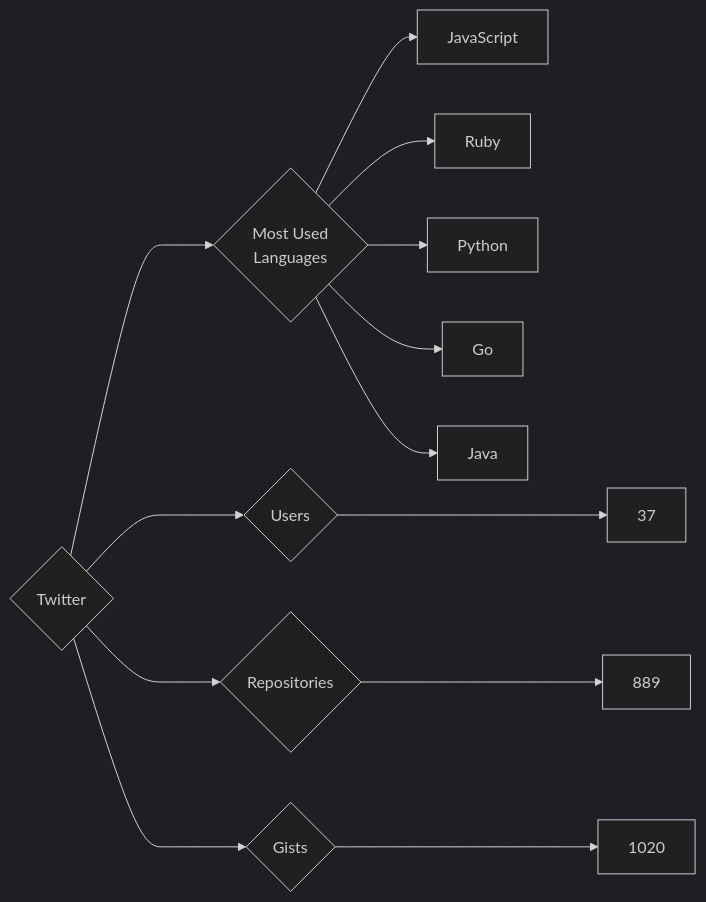
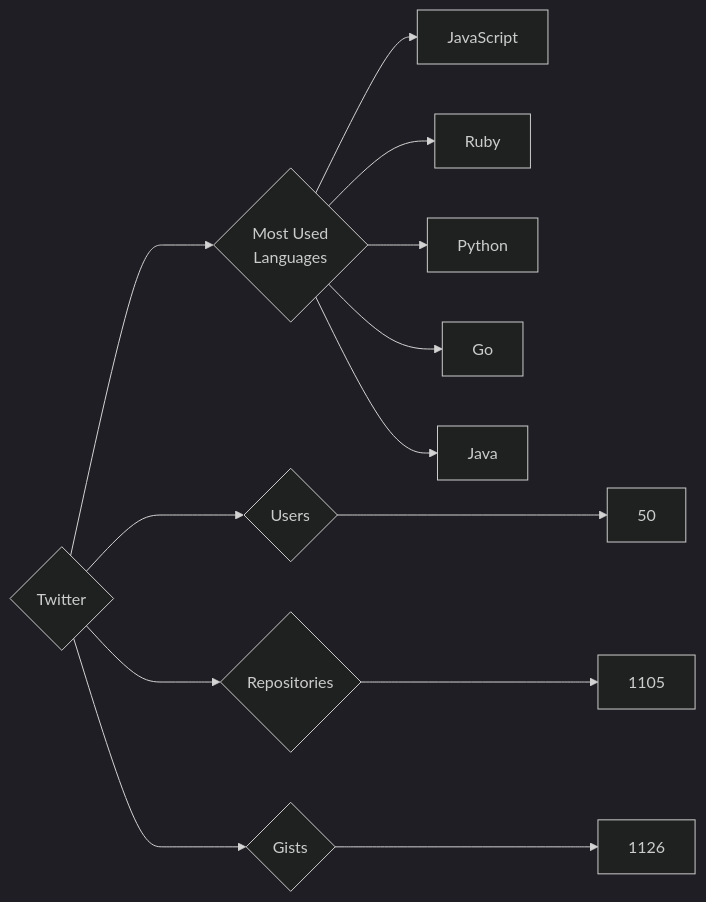
Before and after one commit to trickest/insiders: the diagram in targets/Twitter/README.md, drawn with Mermaid (dark theme). The commit also changed 970 other files, not shown here.

````diff
--- a/targets/Twitter/README.md
+++ b/targets/Twitter/README.md
@@ -3,13 +3,13 @@
 ```mermaid
 graph LR
 COMPANY_NAME{Twitter}
-COMPANY_NAME ---> U{Users} ---> UN[37]
-COMPANY_NAME ---> R{Repositories} ---> RN[889]
-COMPANY_NAME ---> G{Gists} ---> GN[1020]
+COMPANY_NAME ---> U{Users} ---> UN[50]
+COMPANY_NAME ---> R{Repositories} ---> RN[1105]
+COMPANY_NAME ---> G{Gists} ---> GN[1126]
 COMPANY_NAME ---> ML{Most Used<br>Languages}
 ML --> JavaScript[JavaScript]
 ML --> Ruby[Ruby]
 ML --> Python[Python]
 ML --> Go[Go]
 ML --> Java[Java]
 ```
````
